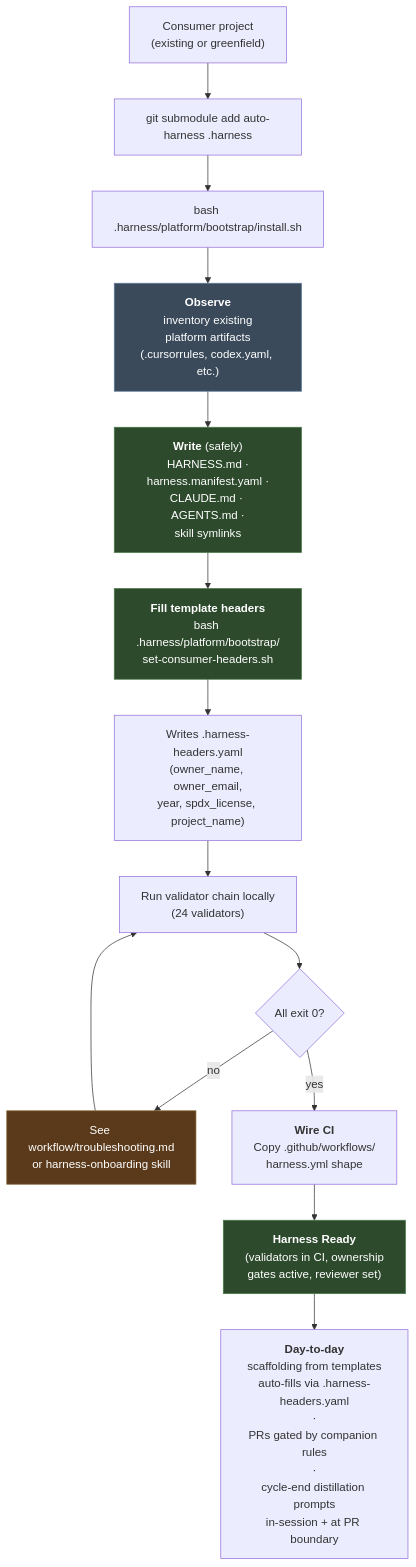
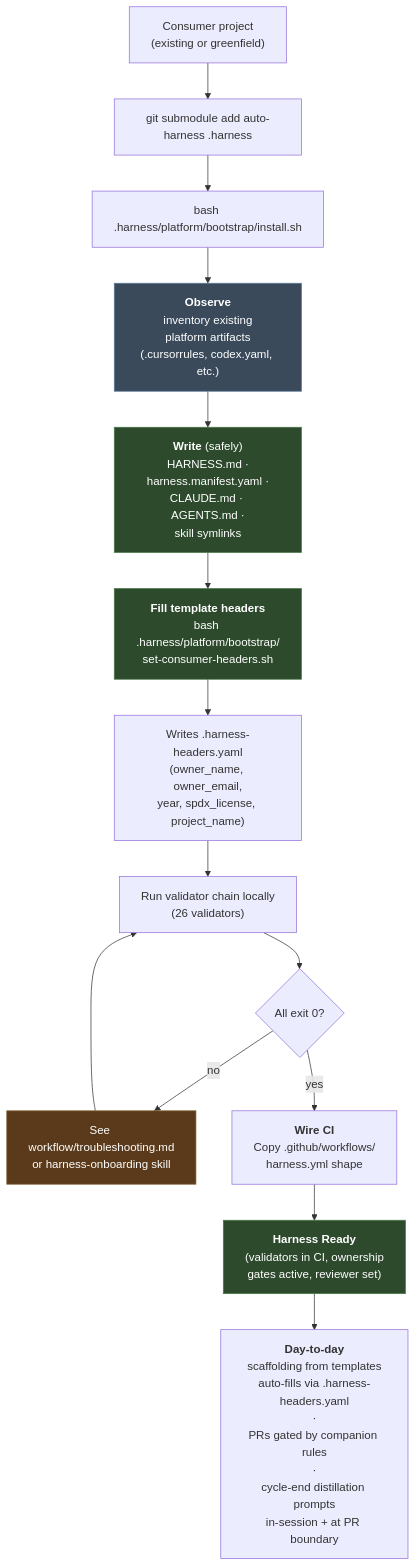
Before and after one commit to unclenate/auto-harness: the sixth of 16 diagrams in docs/architecture/diagrams.md, drawn with Mermaid. The commit also changed 5 other files, not shown here.

First line of the commit message:
fix(validators): repair + gate three validator-count mirrors the 25->26 bump missed (#183)

````diff
--- a/docs/architecture/diagrams.md
+++ b/docs/architecture/diagrams.md
@@ -349,30 +349,30 @@
 ```mermaid
 flowchart TD
     Start["Consumer project<br/>(existing or greenfield)"]
 
     Start --> Submodule["git submodule add auto-harness .harness"]
     Submodule --> Install["bash .harness/platform/bootstrap/install.sh"]
 
     Install --> Observe["<b>Observe</b><br/>inventory existing<br/>platform artifacts<br/>(.cursorrules, codex.yaml, etc.)"]
     Observe --> Write["<b>Write</b> (safely)<br/>HARNESS.md ·<br/>harness.manifest.yaml ·<br/>CLAUDE.md · AGENTS.md ·<br/>skill symlinks"]
 
     Write --> Headers["<b>Fill template headers</b><br/>bash .harness/platform/bootstrap/<br/>set-consumer-headers.sh"]
     Headers --> Config["Writes .harness-headers.yaml<br/>(owner_name, owner_email,<br/>year, spdx_license, project_name)"]
 
-    Config --> Validate["Run validator chain locally<br/>(24 validators)"]
+    Config --> Validate["Run validator chain locally<br/>(26 validators)"]
     Validate --> Pass{"All exit 0?"}
 
     Pass -->|"no"| Troubleshoot["See workflow/troubleshooting.md<br/>or harness-onboarding skill"]
     Troubleshoot --> Validate
 
     Pass -->|"yes"| CI["<b>Wire CI</b><br/>Copy .github/workflows/<br/>harness.yml shape"]
     CI --> Ready["<b>Harness Ready</b><br/>(validators in CI, ownership<br/>gates active, reviewer set)"]
 
     Ready --> Day2["<b>Day-to-day</b><br/>scaffolding from templates<br/>auto-fills via .harness-headers.yaml<br/>·<br/>PRs gated by companion rules<br/>·<br/>cycle-end distillation prompts<br/>in-session + at PR boundary"]
 
     style Observe fill:#3a4a5a,stroke:#5a7a9a,color:#fff
     style Write fill:#2d4a2d,stroke:#4a7a4a,color:#fff
     style Headers fill:#2d4a2d,stroke:#4a7a4a,color:#fff
     style Ready fill:#2d4a2d,stroke:#4a7a4a,color:#fff
     style Troubleshoot fill:#5a3a1a,stroke:#8a6a3a,color:#fff
 ```
````
